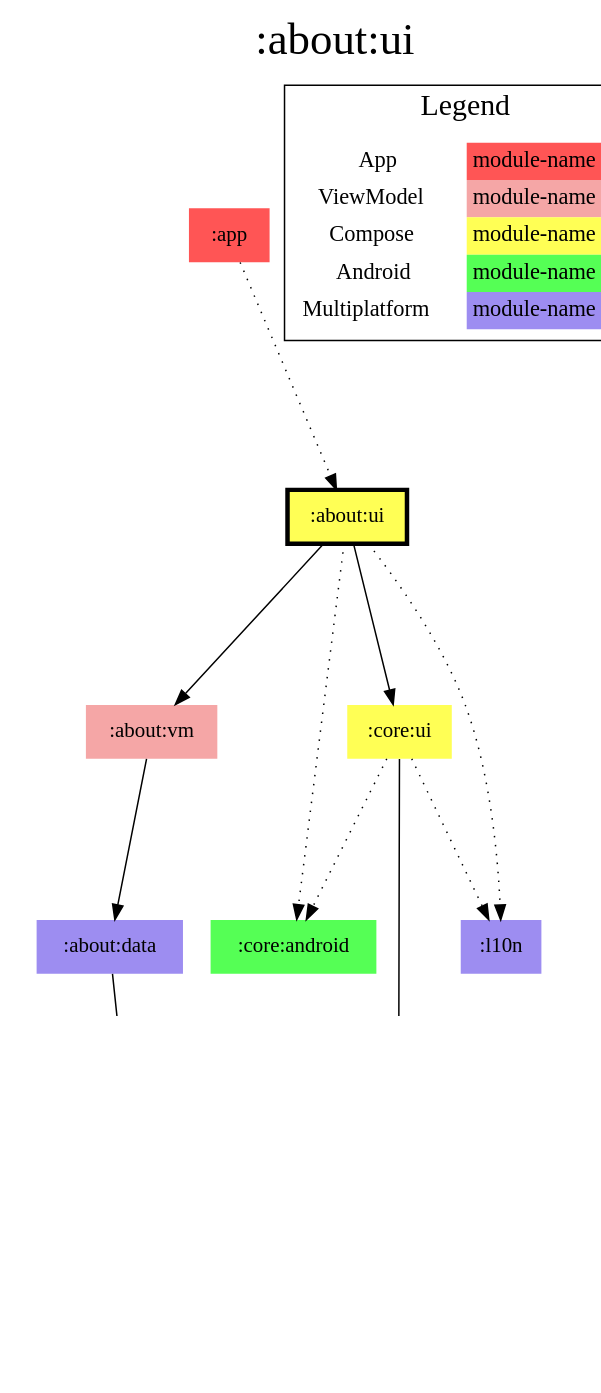
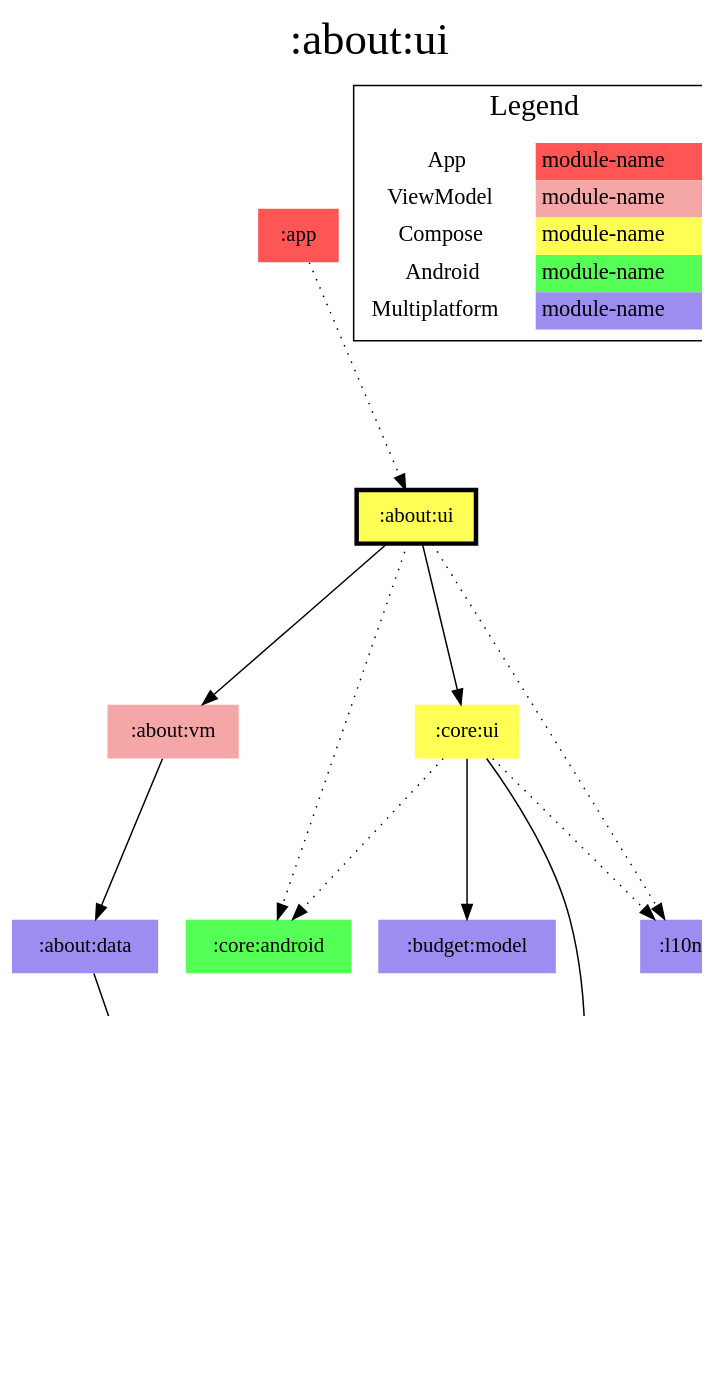
The diagram in modules/about/ui/modules.dot (jonapoul/aktual), drawn with Graphviz before and after one commit. The commit also changed 34 other files, not shown here.

```diff
--- a/modules/about/ui/modules.dot
+++ b/modules/about/ui/modules.dot
@@ -1,45 +1,47 @@
 digraph {
 edge ["dir"="forward"]
 graph ["dpi"="100","label"=":about:ui","labelloc"="t","fontsize"="30","ranksep"="1.5","rankdir"="TB"]
 node ["style"="filled"]
 ":about:data" ["fillcolor"="#9D8DF1","shape"="none"]
 ":about:ui" ["fillcolor"="#FFFF55","color"="black","penwidth"="3","shape"="box"]
 ":about:vm" ["fillcolor"="#F5A6A6","shape"="none"]
 ":api:github" ["fillcolor"="#9D8DF1","shape"="none"]
 ":app" ["fillcolor"="#FF5555","shape"="none"]
+":budget:model" ["fillcolor"="#9D8DF1","shape"="none"]
 ":codegen:annotation" ["fillcolor"="#9D8DF1","shape"="none"]
 ":core:android" ["fillcolor"="#55FF55","shape"="none"]
 ":core:model" ["fillcolor"="#9D8DF1","shape"="none"]
 ":core:ui" ["fillcolor"="#FFFF55","shape"="none"]
 ":l10n" ["fillcolor"="#9D8DF1","shape"="none"]
 {
 edge ["dir"="none"]
 graph ["rank"="same"]
 ":about:ui"
 }
 ":about:data" -> ":api:github"
 ":about:ui" -> ":about:vm"
 ":about:ui" -> ":core:android" ["style"="dotted"]
 ":about:ui" -> ":core:ui"
 ":about:ui" -> ":l10n" ["style"="dotted"]
 ":about:vm" -> ":about:data"
 ":api:github" -> ":codegen:annotation" ["style"="dotted"]
 ":api:github" -> ":core:model"
 ":app" -> ":about:ui" ["style"="dotted"]
+":core:ui" -> ":budget:model"
 ":core:ui" -> ":core:android" ["style"="dotted"]
 ":core:ui" -> ":core:model"
 ":core:ui" -> ":l10n" ["style"="dotted"]
 subgraph "cluster_legend" {
 edge ["dir"="none"]
 graph ["label"="Legend","fontsize"="20"]
 "Legend" ["style"="filled","fillcolor"="#FFFFFF","shape"="none","margin"="0","fontsize"="15","label"=<
 <TABLE BORDER="0" CELLBORDER="0" CELLSPACING="0" CELLPADDING="4">
 <TR><TD>App</TD><TD BGCOLOR="#FF5555">module-name</TD></TR>
 <TR><TD>ViewModel</TD><TD BGCOLOR="#F5A6A6">module-name</TD></TR>
 <TR><TD>Compose</TD><TD BGCOLOR="#FFFF55">module-name</TD></TR>
 <TR><TD>Android</TD><TD BGCOLOR="#55FF55">module-name</TD></TR>
 <TR><TD>Multiplatform</TD><TD BGCOLOR="#9D8DF1">module-name</TD></TR>
 </TABLE>
 >]
 } -> ":about:ui" ["style"="invis"]
 }
```
